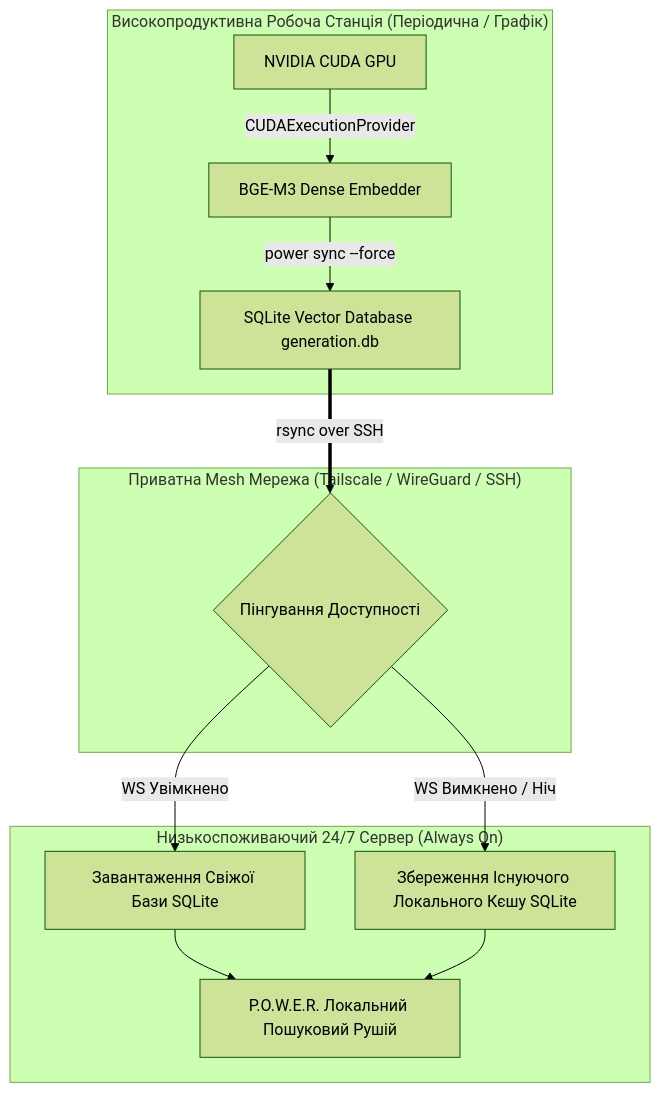
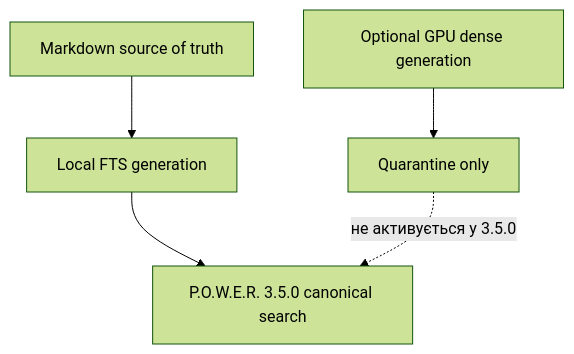
Before and after one commit to weby-homelab/power-framework: the diagram in docs/guides/hybrid-fleet-gpu-offloading-guide.ua.md, drawn with Mermaid (forest theme). The commit also changed other lines of this file and 138 other files, not shown here.

Commit message:
feat: implement POWER 3.5.0 roadmap

````diff
--- a/docs/guides/hybrid-fleet-gpu-offloading-guide.ua.md
+++ b/docs/guides/hybrid-fleet-gpu-offloading-guide.ua.md
@@ -26,18 +34,7 @@
 ```mermaid
 flowchart TD
-    subgraph WS ["Високопродуктивна Робоча Станція (Періодична / Графік)"]
-        A[NVIDIA CUDA GPU] -->|CUDAExecutionProvider| B[BGE-M3 Dense Embedder]
-        B -->|power sync --force| C[SQLite Vector Database generation.db]
-    end
-
-    subgraph NET ["Приватна Mesh Мережа (Tailscale / WireGuard / SSH)"]
-        C ==>|rsync over SSH| D{Пінгування Доступності}
-    end
-
-    subgraph CORE ["Низькоспоживаючий 24/7 Сервер (Always On)"]
-        D -->|WS Увімкнено| E[Завантаження Свіжої Бази SQLite]
-        D -->|WS Вимкнено / Ніч| F[Збереження Існуючого Локального Кєшу SQLite]
-        E --> G[P.O.W.E.R. Локальний Пошуковий Рушій]
-        F --> G[P.O.W.E.R. Локальний Пошуковий Рушій]
-    end
+    S[Markdown source of truth] --> F[Local FTS generation]
+    F --> C[P.O.W.E.R. 3.5.0 canonical search]
+    G[Optional GPU dense generation] --> Q[Quarantine only]
+    Q -.->|не активується у 3.5.0| C
 ```
````
